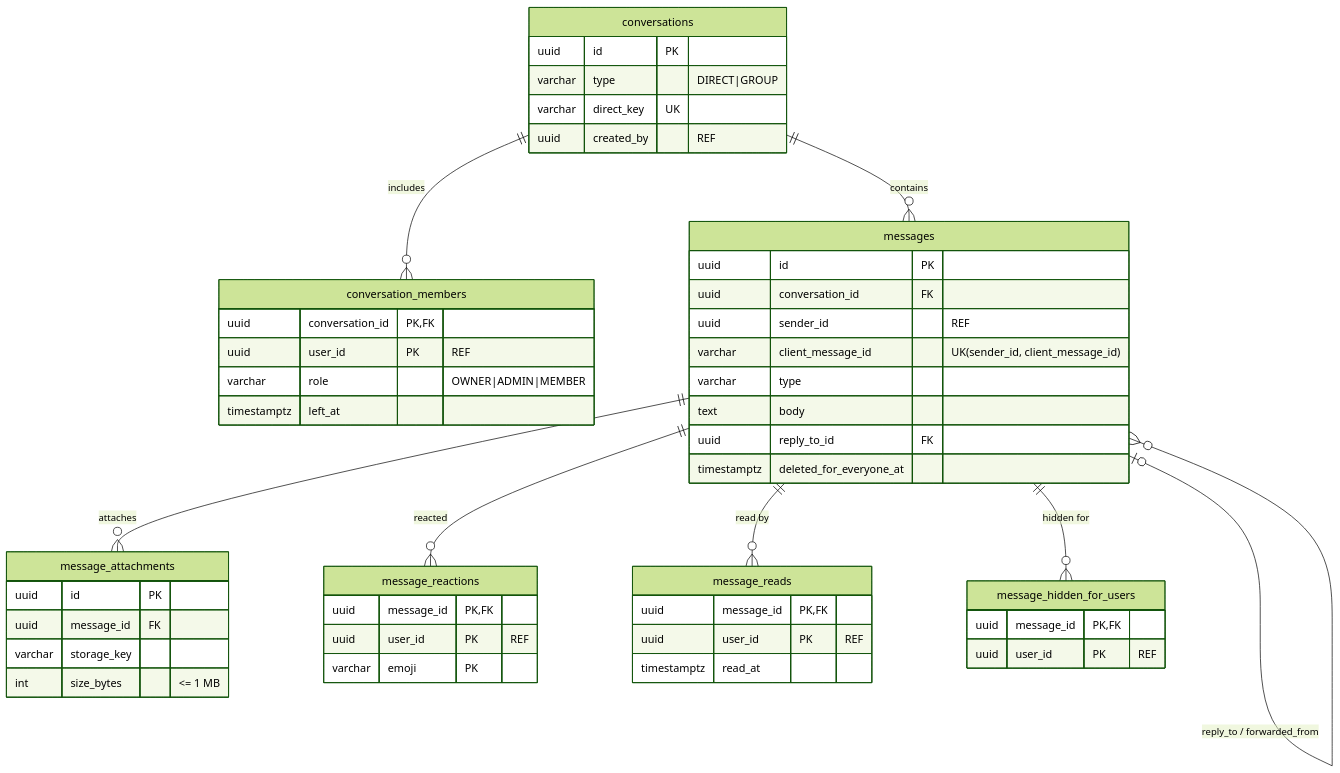
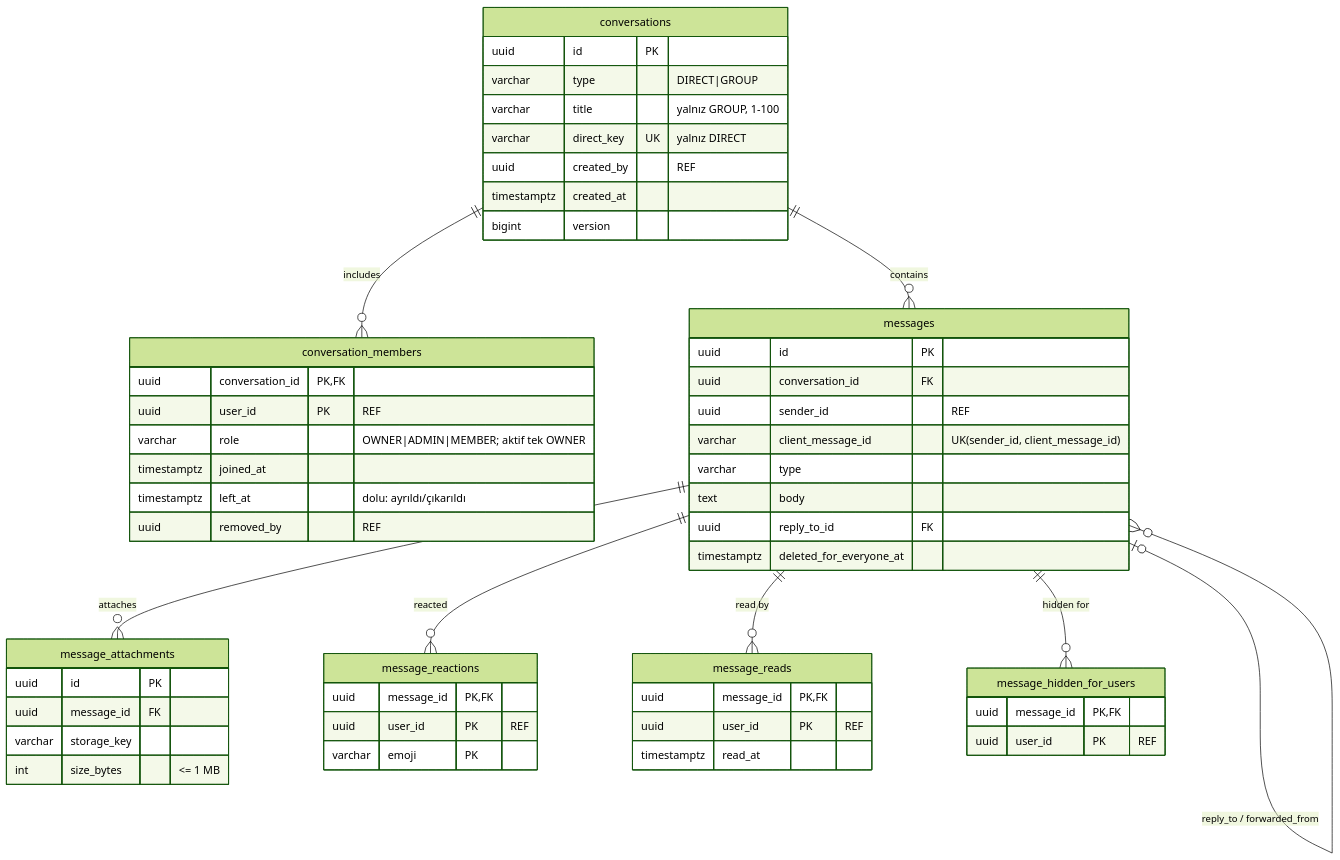
Before and after one commit to alperrte/lobbytwozero: diagram 12 of 29 in docs/er-diagram.md, drawn with Mermaid (forest theme). The commit also changed 66 other files, not shown here.

````diff
--- a/docs/er-diagram.md
+++ b/docs/er-diagram.md
@@ -634,53 +634,58 @@
 ```mermaid
 erDiagram
   conversations ||--o{ conversation_members : includes
   conversations ||--o{ messages : contains
   messages ||--o{ message_attachments : attaches
   messages ||--o{ message_reactions : reacted
   messages ||--o{ message_reads : "read by"
   messages ||--o{ message_hidden_for_users : "hidden for"
   messages |o--o{ messages : "reply_to / forwarded_from"
 
   conversations {
     uuid id PK
     varchar type "DIRECT|GROUP"
-    varchar direct_key UK
+    varchar title "yalnız GROUP, 1-100"
+    varchar direct_key UK "yalnız DIRECT"
     uuid created_by "REF"
+    timestamptz created_at
+    bigint version
   }
   conversation_members {
     uuid conversation_id PK,FK
     uuid user_id PK "REF"
-    varchar role "OWNER|ADMIN|MEMBER"
-    timestamptz left_at
+    varchar role "OWNER|ADMIN|MEMBER; aktif tek OWNER"
+    timestamptz joined_at
+    timestamptz left_at "dolu: ayrıldı/çıkarıldı"
+    uuid removed_by "REF"
   }
   messages {
     uuid id PK
     uuid conversation_id FK
     uuid sender_id "REF"
     varchar client_message_id "UK(sender_id, client_message_id)"
     varchar type
     text body
     uuid reply_to_id FK
     timestamptz deleted_for_everyone_at
   }
   message_attachments {
     uuid id PK
     uuid message_id FK
     varchar storage_key
     int size_bytes "<= 1 MB"
   }
   message_reactions {
     uuid message_id PK,FK
     uuid user_id PK "REF"
     varchar emoji PK
   }
   message_reads {
     uuid message_id PK,FK
     uuid user_id PK "REF"
     timestamptz read_at
   }
   message_hidden_for_users {
     uuid message_id PK,FK
     uuid user_id PK "REF"
   }
 ```
````
